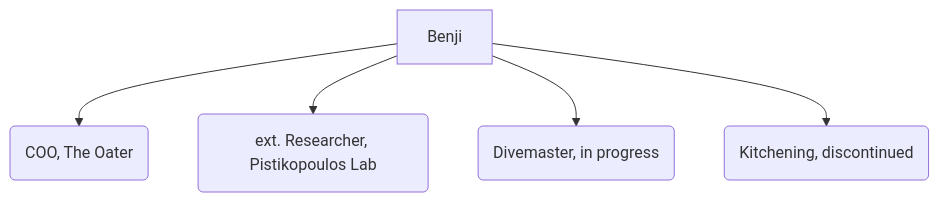
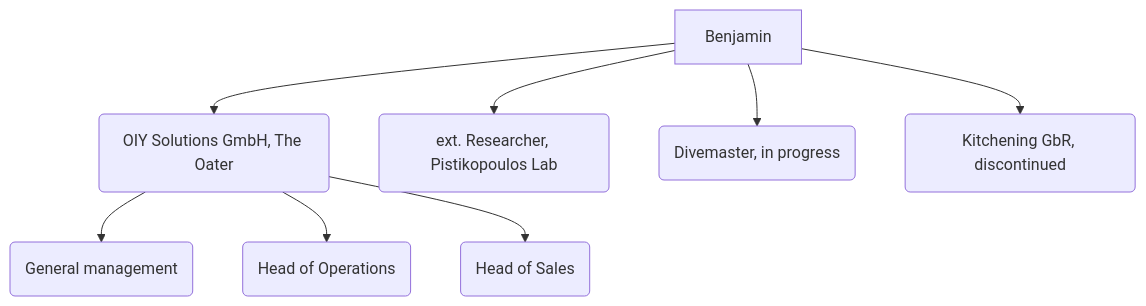
Before and after one commit to auerbenji/auerbenji.github.io: the diagram in docs/about.md, drawn with Mermaid. The commit also changed other lines of this file and 96 other files, not shown here.

````diff
--- a/docs/about.md
+++ b/docs/about.md
@@ -42,10 +40,10 @@
 ```mermaid
-graph TD;
-    accTitle: the diamond pattern
-    accDescr: a graph with four nodes: A points to B and C, while B and C both point to D
-	
-    Benji-->A(COO, The Oater);
-    Benji-->B(ext. Researcher, Pistikopoulos Lab);
-    Benji-->C(Divemaster, in progress);
-	Benji-->D(Kitchening, discontinued);
+graph TD;	
+    Benjamin-->A(OIY Solutions GmbH, The Oater);
+    A-->E(General management);
+    A-->F(Head of Operations);
+    A-->G(Head of Sales);
+    Benjamin-->B(ext. Researcher, Pistikopoulos Lab);
+    Benjamin-->C(Divemaster, in progress);
+	Benjamin-->D(Kitchening GbR, discontinued);
 ```
````
